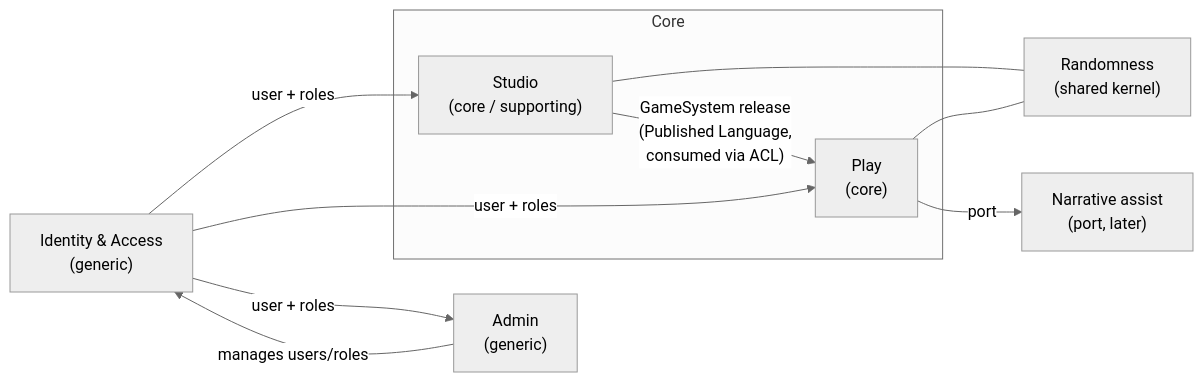
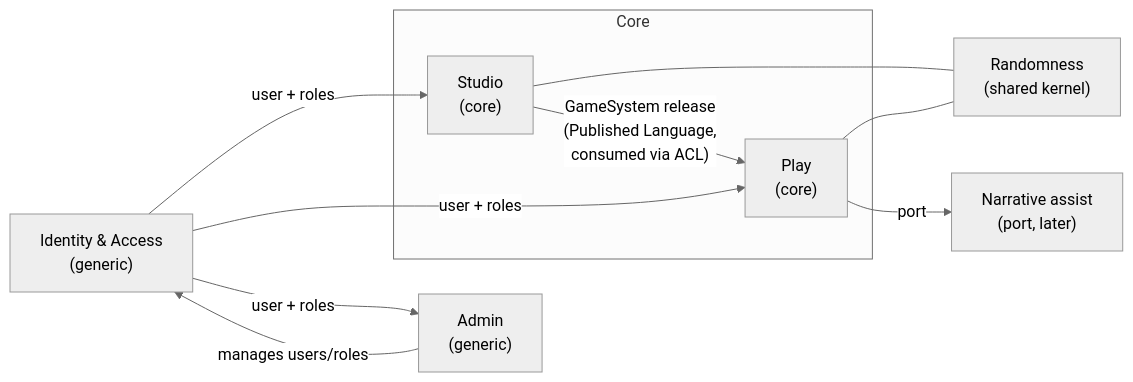
The diagram in docs/domain/context-map.md (iribarren/ogami), drawn with Mermaid (neutral theme) before and after one commit. The commit also changed other lines of this file and 7 other files, not shown here.

Commit message:
docs: add GameSystem release contract v1 and ADR 0013 (Studio is core)

````diff
--- a/docs/domain/context-map.md
+++ b/docs/domain/context-map.md
@@ -20,20 +20,20 @@
 ```mermaid
 flowchart LR
     subgraph Core
-        Studio["Studio<br/>(core / supporting)"]
+        Studio["Studio<br/>(core)"]
         Play["Play<br/>(core)"]
     end
     Randomness["Randomness<br/>(shared kernel)"]
     IAM["Identity & Access<br/>(generic)"]
     Admin["Admin<br/>(generic)"]
     Assist["Narrative assist<br/>(port, later)"]
 
     Studio -- "GameSystem release<br/>(Published Language,<br/>consumed via ACL)" --> Play
     Studio --- Randomness
     Play --- Randomness
     Play -- "port" --> Assist
     IAM -- "user + roles" --> Play
     IAM -- "user + roles" --> Studio
     IAM -- "user + roles" --> Admin
     Admin -- "manages users/roles" --> IAM
 ```
````
